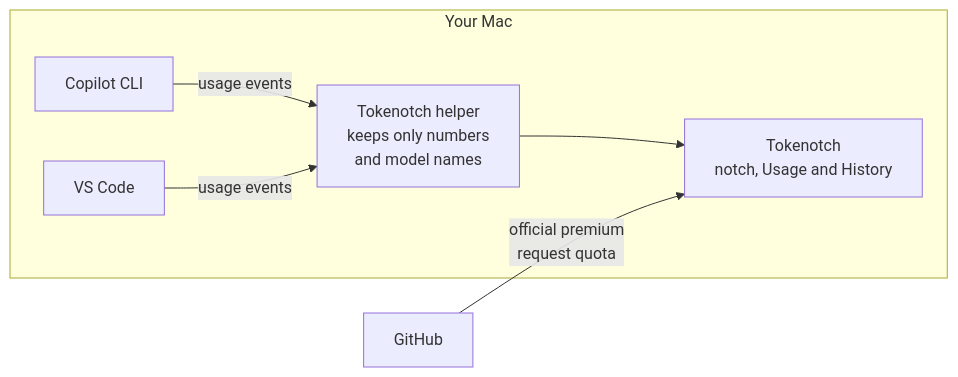
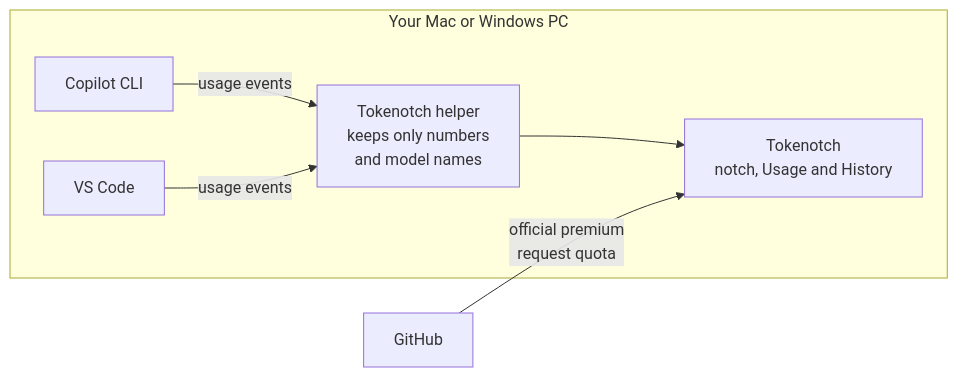
The diagram in README.md (rottathiago/tokenotch), drawn with Mermaid before and after one commit. The commit also changed other lines of this file and 2 other files, not shown here.

First line of the commit message:
docs: cover Windows across the README and remove outdated roadmap notes

````diff
--- a/README.md
+++ b/README.md
@@ -90,13 +93,13 @@
 ```mermaid
 flowchart LR
-    subgraph mac["Your Mac"]
+    subgraph mac["Your Mac or Windows PC"]
         cli["Copilot CLI"]
         vsc["VS Code"]
         helper["Tokenotch helper<br/>keeps only numbers<br/>and model names"]
         app["Tokenotch<br/>notch, Usage and History"]
         cli -- "usage events" --> helper
         vsc -- "usage events" --> helper
         helper --> app
     end
     github["GitHub"] -- "official premium<br/>request quota" --> app
 ```
````
